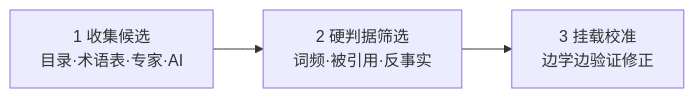
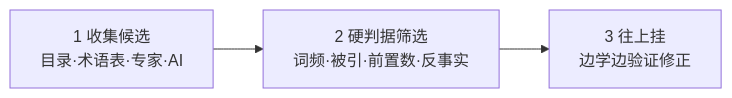
One commit to Yongjunzhou/AOS-system-design changed the diagram in 100-subprojects/01-系统工程研究/03-架构师是个怎样的物种/成书/build/.mmd/ch01-fig04.mmd. Above: the diagram before and after it, drawn with Mermaid. The commit also changed 177 other files, not shown here.

```diff
--- a/100-subprojects/01-系统工程研究/03-架构师是个怎样的物种/成书/build/.mmd/ch01-fig04.mmd
+++ b/100-subprojects/01-系统工程研究/03-架构师是个怎样的物种/成书/build/.mmd/ch01-fig04.mmd
@@ -1,3 +1,3 @@
 flowchart LR
-    A["1 收集候选<br/>目录·术语表·专家·AI"] --> B["2 硬判据筛选<br/>词频·被引用·反事实"]
-    B --> C["3 挂载校准<br/>边学边验证修正"]
+    A["1 收集候选<br/>目录·术语表·专家·AI"] --> B["2 硬判据筛选<br/>词频·被引·前置数·反事实"]
+    B --> C["3 往上挂<br/>边学边验证修正"]
```
